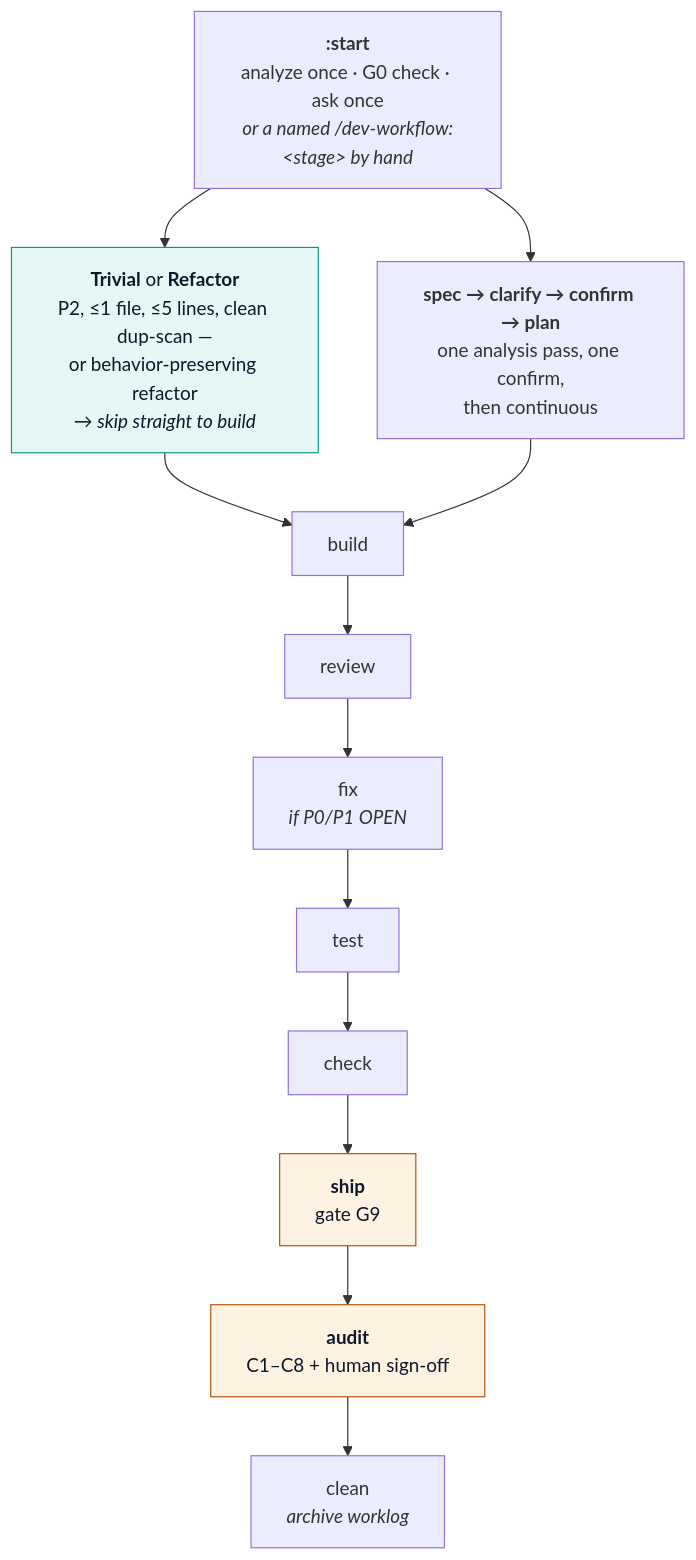
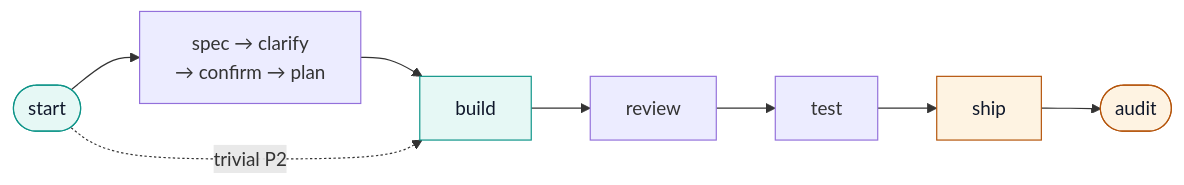
One commit to ninhlee99/dev-workflow changed the diagram in README.md. Above: the diagram before and after it, drawn with Mermaid. The commit also changed other lines of this file and 2 other files, not shown here.

Commit message:
docs: compact the README flow diagram to one horizontal row
The vertical flowchart with bold/italic multi-line HTML labels ate a
lot of visual space for a front-door doc. Replaced with a single LR
row (start -> spec/clarify/confirm/plan -> build -> review -> test ->
ship -> audit) plus a dashed trivial-P2 shortcut straight to build,
keeping the same fast/gate color coding. Stages dropped from the
diagram for space (fix/check/clean) are named in the caption line with
a link to USER-GUIDE §3 for the full sequence, so nothing is lost.

Applied identically to README.vi.md and README.ja.md — all three stay
in lockstep at 105 lines.

Claude-Session: https://claude.ai/code/session_01WpMD6YmGymMifFkcK7ehBs

````diff
--- a/README.md
+++ b/README.md
@@ -48,27 +48,10 @@
 ```mermaid
-flowchart TD
-    start["<b>:start</b><br/>analyze once · G0 check · ask once<br/><i>or a named /dev-workflow:&lt;stage&gt; by hand</i>"]
-
-    trivial["<b>Trivial</b> or <b>Refactor</b><br/>P2, ≤1 file, ≤5 lines, clean dup-scan —<br/>or behavior-preserving refactor<br/><i>→ skip straight to build</i>"]
-    full["<b>spec → clarify → confirm → plan</b><br/>one analysis pass, one confirm,<br/>then continuous"]
-
-    build[build]
-    review[review]
-    fix["fix<br/><i>if P0/P1 OPEN</i>"]
-    test[test]
-    check[check]
-    ship["<b>ship</b><br/>gate G9"]
-    audit["<b>audit</b><br/>C1–C8 + human sign-off"]
-    clean["clean<br/><i>archive worklog</i>"]
-
-    start --> trivial
-    start --> full
-    trivial --> build
-    full --> build
-    build --> review --> fix --> test --> check --> ship --> audit --> clean
+flowchart LR
+    start(["start"]) --> spec["spec → clarify\n→ confirm → plan"] --> build --> review --> test --> ship --> audit(["audit"])
+    start -.trivial P2.-> build
 
     classDef fast fill:#e6f8f5,stroke:#0d9488,color:#0f172a;
     classDef gate fill:#fef3e2,stroke:#b45309,color:#0f172a;
-    class trivial fast
+    class start,build fast
     class ship,audit gate
 ```
````
